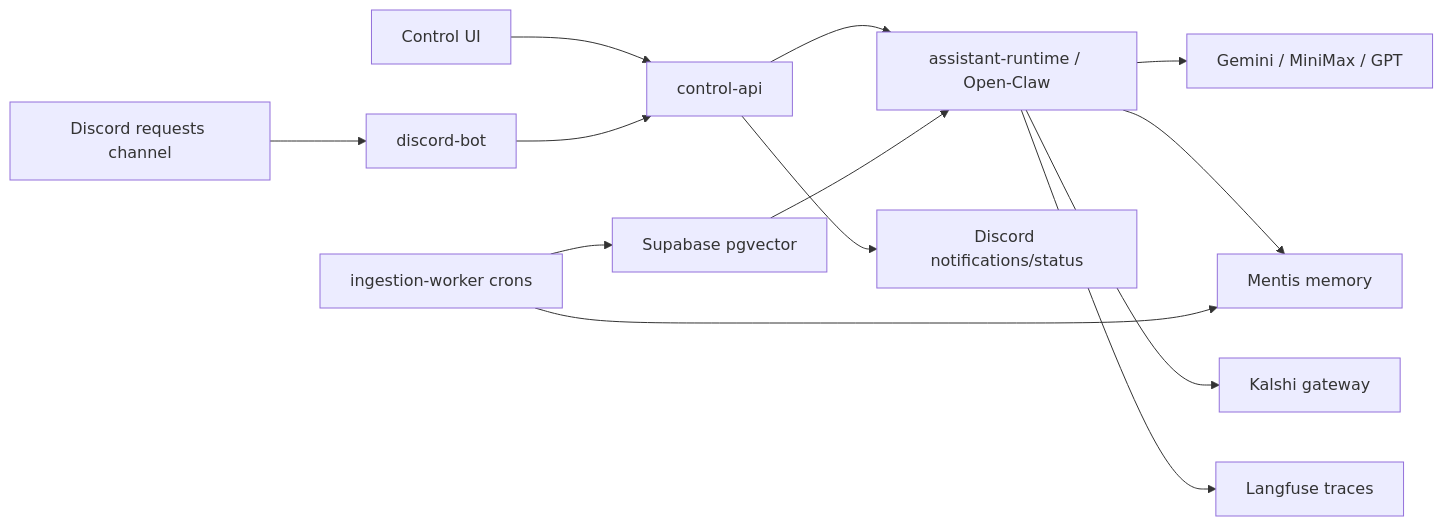
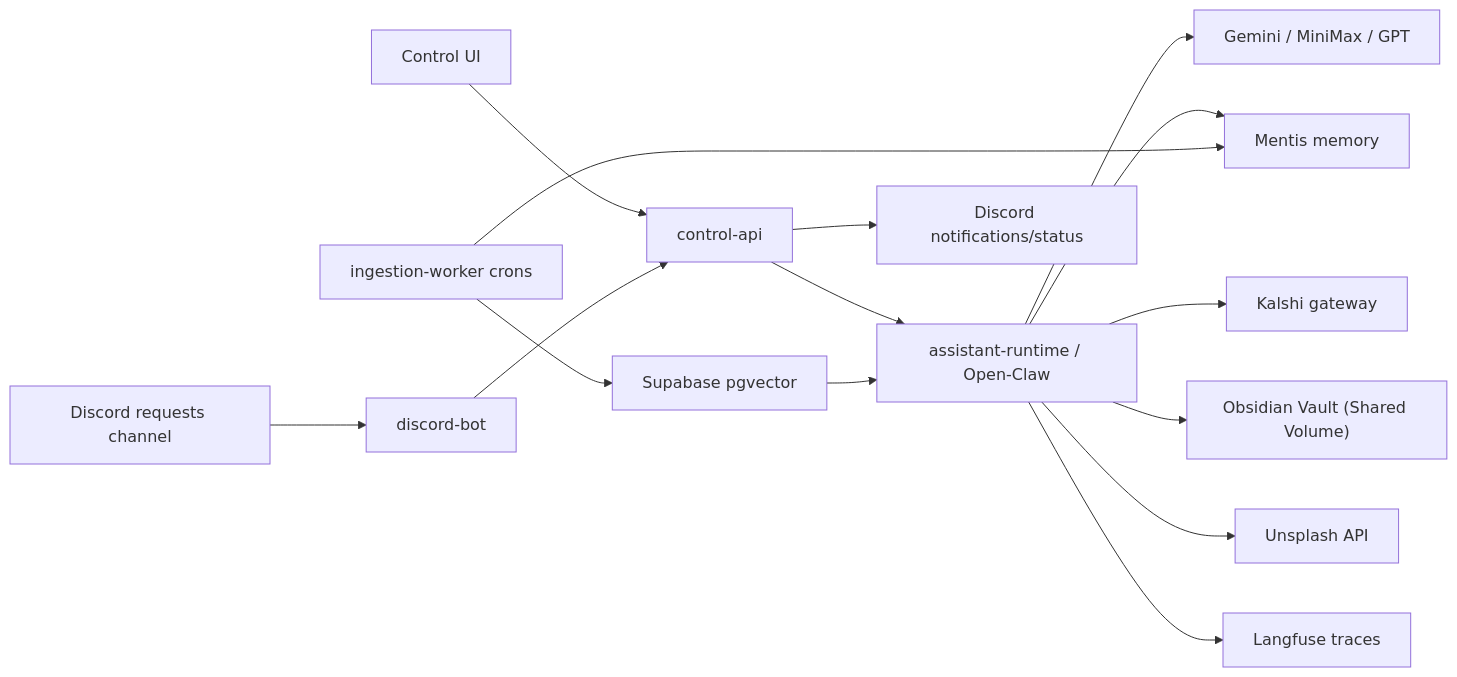
One commit to setohe0909/pc-agent changed the diagram in docs/architecture.md. Above: the diagram before and after it, drawn with Mermaid. The commit also changed other lines of this file and 3 other files, not shown here.

````diff
--- a/docs/architecture.md
+++ b/docs/architecture.md
@@ -18,15 +20,17 @@
 ```mermaid
 flowchart LR
   Discord["Discord requests channel"] --> Bot["discord-bot"]
   UI["Control UI"] --> API["control-api"]
   Bot --> API
   API --> Assistant["assistant-runtime / Open-Claw"]
   Assistant --> LLM["Gemini / MiniMax / GPT"]
   Assistant --> Mentis["Mentis memory"]
   Assistant --> Kalshi["Kalshi gateway"]
+  Assistant --> Obsidian["Obsidian Vault (Shared Volume)"]
+  Assistant --> Unsplash["Unsplash API"]
   Assistant --> Langfuse["Langfuse traces"]
   Worker["ingestion-worker crons"] --> Supabase["Supabase pgvector"]
   Worker --> Mentis
   Supabase --> Assistant
   API --> DiscordOps["Discord notifications/status"]
 ```
````
